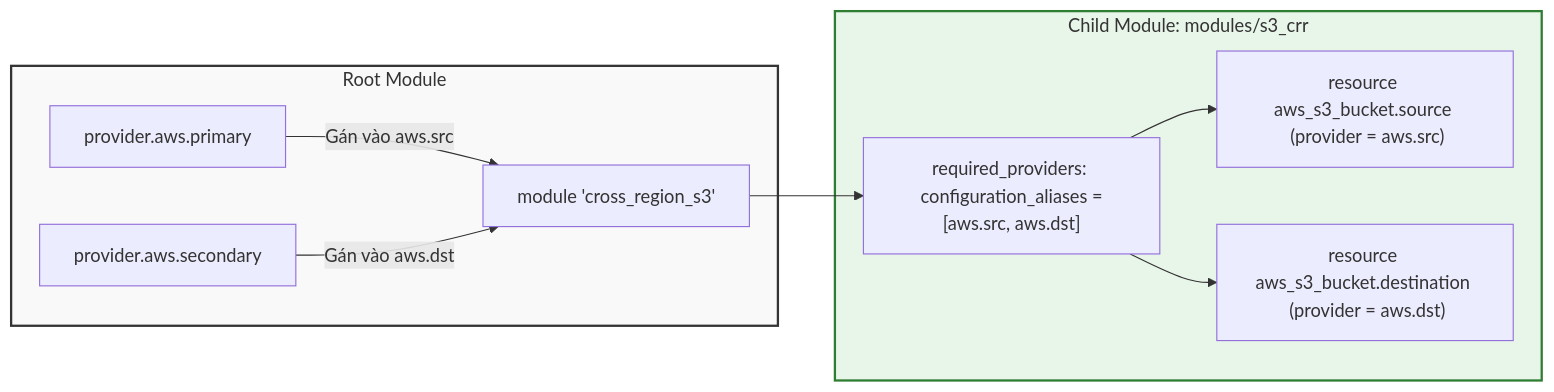
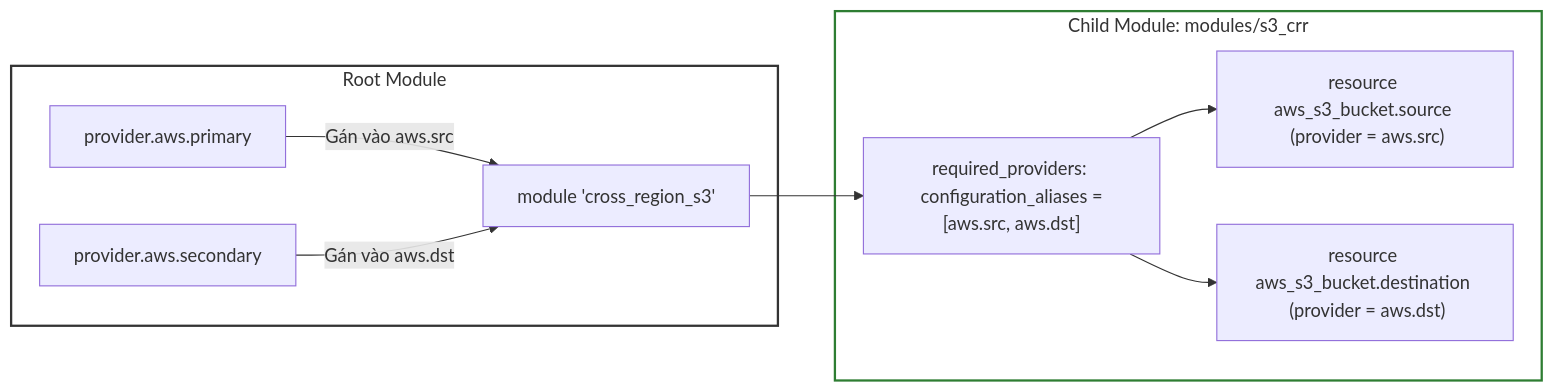
One commit to kiennt308/ntk changed the second of 5 diagrams in _posts/2026-09-13-terraform-18-18-provider-alias-multi-region-va-multi-account-enterprise-architecture.md. Above: the diagram before and after it, drawn with Mermaid. The commit also changed other lines of this file and 207 other files, not shown here.

Commit message:
feat(posts): batch standardize all 208 posts with TL;DR, qa-card accordion, fill:none mermaid, and liquid raw wrappers

````diff
--- a/_posts/2026-09-13-terraform-18-18-provider-alias-multi-region-va-multi-account-enterprise-architecture.md
+++ b/_posts/2026-09-13-terraform-18-18-provider-alias-multi-region-va-multi-account-enterprise-architecture.md
@@ -127,25 +131,25 @@
 ```mermaid
 flowchart LR
     subgraph Root_Module ["Root Module"]
         PA1["provider.aws.primary"]
         PA2["provider.aws.secondary"]
         MOD["module 'cross_region_s3'"]
     end
 
     subgraph Child_Module ["Child Module: modules/s3_crr"]
         REQ["required_providers: \n configuration_aliases = [aws.src, aws.dst]"]
         B_SRC["resource aws_s3_bucket.source \n (provider = aws.src)"]
         B_DST["resource aws_s3_bucket.destination \n (provider = aws.dst)"]
     end
 
     PA1 -->|Gán vào aws.src| MOD
     PA2 -->|Gán vào aws.dst| MOD
     MOD --> REQ
     REQ --> B_SRC
     REQ --> B_DST
 
-    style Root_Module fill:#f9f9f9,stroke:#333,stroke-width:2px
-    style Child_Module fill:#e8f5e9,stroke:#2e7d32,stroke-width:2px
+    style Root_Module fill:none,stroke:#333,stroke-width:2px
+    style Child_Module fill:none,stroke:#2e7d32,stroke-width:2px
 
 
 ```
````
